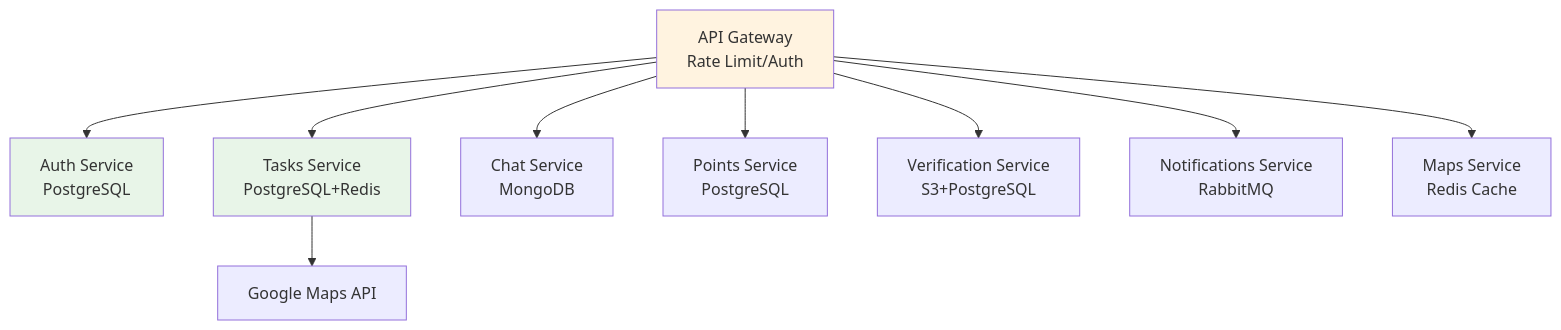
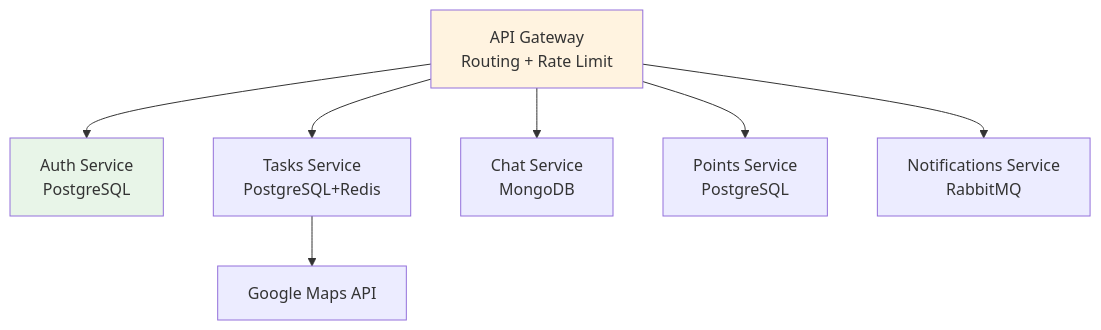
The diagram in architecture_blueprint_assistant/microservices_architecture.mmd (evisp/holbertonschool-ai4devs), drawn with Mermaid before and after one commit. The commit also changed 1 other file, not shown here.

```diff
--- a/architecture_blueprint_assistant/microservices_architecture.mmd
+++ b/architecture_blueprint_assistant/microservices_architecture.mmd
@@ -1,14 +1,11 @@
 graph TD
-  A[API Gateway<br/>Rate Limit/Auth] --> B[Auth Service<br/>PostgreSQL]
-  A --> C[Tasks Service<br/>PostgreSQL+Redis]
+  A[API Gateway<br/>Routing + Rate Limit] --> B[Auth Service<br/>PostgreSQL]
+  A --> C[Tasks Service<br/>PostgreSQL+Redis] 
   A --> D[Chat Service<br/>MongoDB]
   A --> E[Points Service<br/>PostgreSQL]
-  A --> F[Verification Service<br/>S3+PostgreSQL]
-  A --> G[Notifications Service<br/>RabbitMQ]
-  A --> H[Maps Service<br/>Redis Cache]
+  A --> F[Notifications Service<br/>RabbitMQ]
   
-  C --> I[Google Maps API]
+  C --> G[Google Maps API]
   
   style A fill:#fff3e0
   style B fill:#e8f5e8
-  style C fill:#e8f5e8
```
